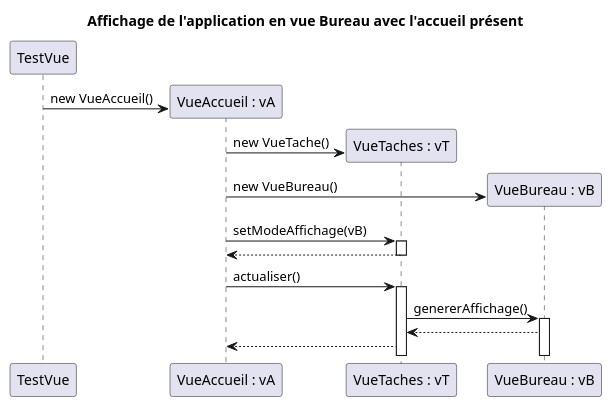
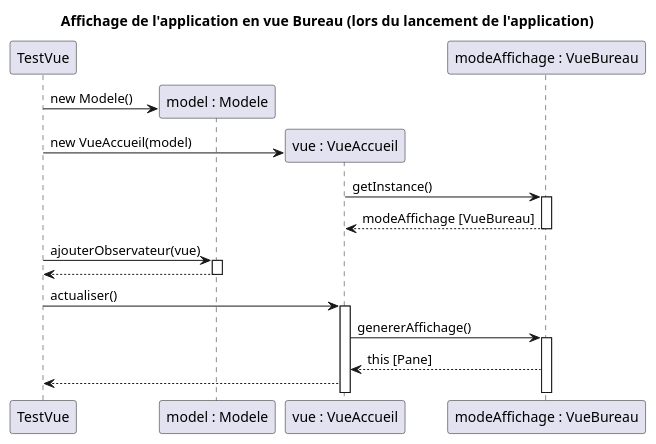
One commit to AlexanderCARNET/SAE_3_01_dev_application changed the diagram in Ollert_QDEV/diagrammes/iteration3/DiagrammeSeqVueAccueil.puml. Above: the diagram before and after it, drawn with PlantUML. The commit also changed 2 other files, not shown here.

Commit message:
Ajout de diagrammes

```diff
--- a/Ollert_QDEV/diagrammes/iteration3/DiagrammeSeqVueAccueil.puml
+++ b/Ollert_QDEV/diagrammes/iteration3/DiagrammeSeqVueAccueil.puml
@@ -1,34 +1,39 @@
 @startuml
 
-title "Affichage de l'application en vue Bureau avec l'accueil présent"
+title "Affichage de l'application en vue Bureau (lors du lancement de l'application)"
 participant TestVue
-participant VueAccueil as "VueAccueil : vA"
-participant VueTache as "VueTaches : vT"
-participant VueBureau as "VueBureau : vB"
+participant Modele as "model : Modele"
+participant VueAccueil as "vue : VueAccueil"
+participant VueBureau as "modeAffichage : VueBureau"
 
+
+create Modele
+TestVue -> Modele : new Modele()
 create VueAccueil
-TestVue -> VueAccueil : new VueAccueil()
-create VueTache
-VueAccueil -> VueTache : new VueTache()
-create VueBureau
-VueAccueil -> VueBureau : new VueBureau()
-VueAccueil -> VueTache : setModeAffichage(vB)
-activate VueTache
-VueAccueil <-- VueTache
-deactivate VueTache
-VueAccueil -> VueTache : actualiser()
-activate VueTache
-VueTache -> VueBureau : genererAffichage()
+TestVue -> VueAccueil : new VueAccueil(model)
+
+VueAccueil -> VueBureau : getInstance()
 activate VueBureau
-VueTache <-- VueBureau
-VueTache --> VueAccueil
+VueBureau --> VueAccueil : modeAffichage [VueBureau]
+deactivate VueBureau
+
+TestVue -> Modele : ajouterObservateur(vue)
+activate Modele
+Modele --> TestVue
+deactivate Modele
+TestVue -> VueAccueil : actualiser()
+activate VueAccueil
+VueAccueil -> VueBureau : genererAffichage()
+activate VueBureau
+VueBureau --> VueAccueil : this [Pane]
+VueAccueil --> TestVue
 
 
 
 
 
 
 
 
 
 @enduml
```
